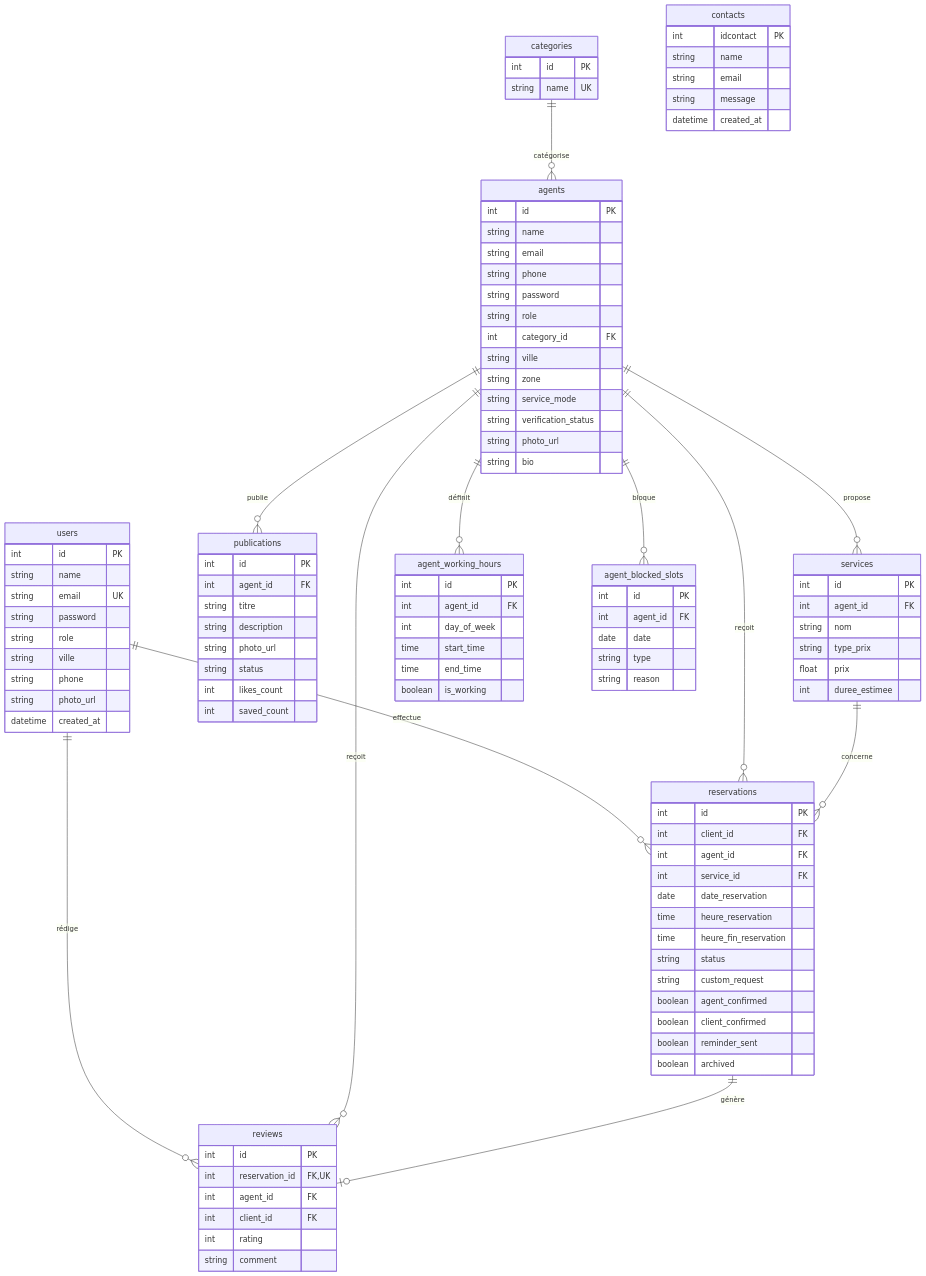
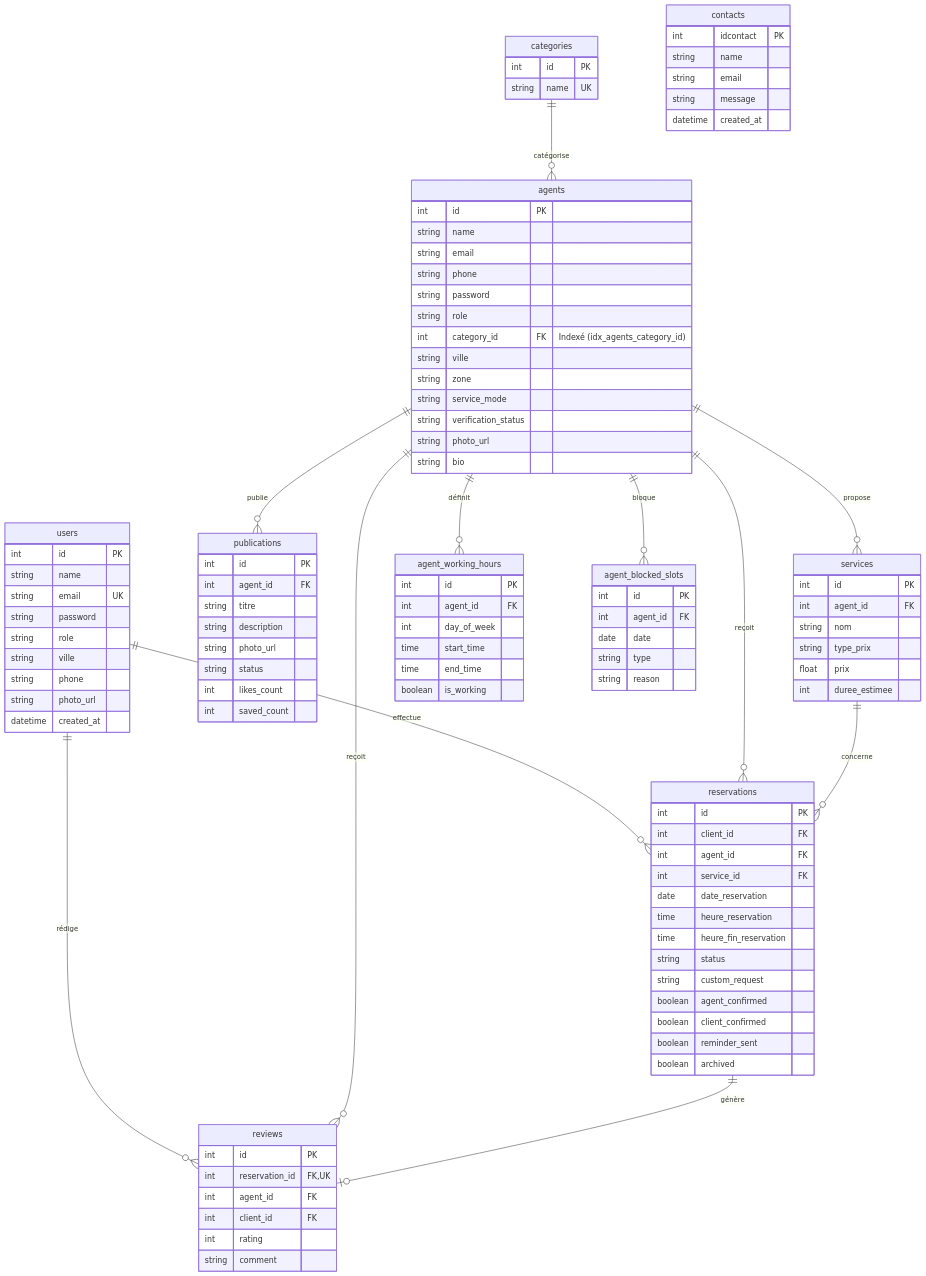
The ninth of 9 diagrams in README.md (rihem-akermi/freeForU), drawn with Mermaid before and after one commit. The commit also changed other lines of this file, not shown here.

```diff
--- a/README.md
+++ b/README.md
@@ -481,7 +486,7 @@
         string phone
         string password
         string role
-        int category_id FK
+        int category_id FK "Indexé (idx_agents_category_id)"
         string ville
         string zone
         string service_mode
```
